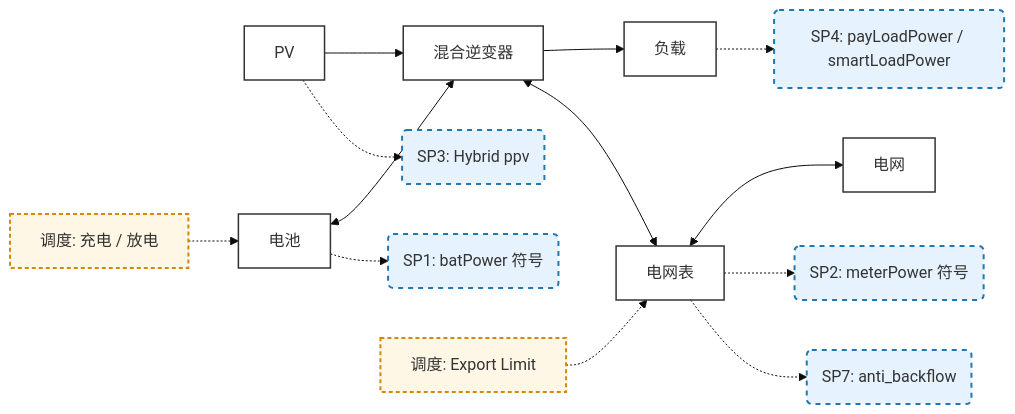
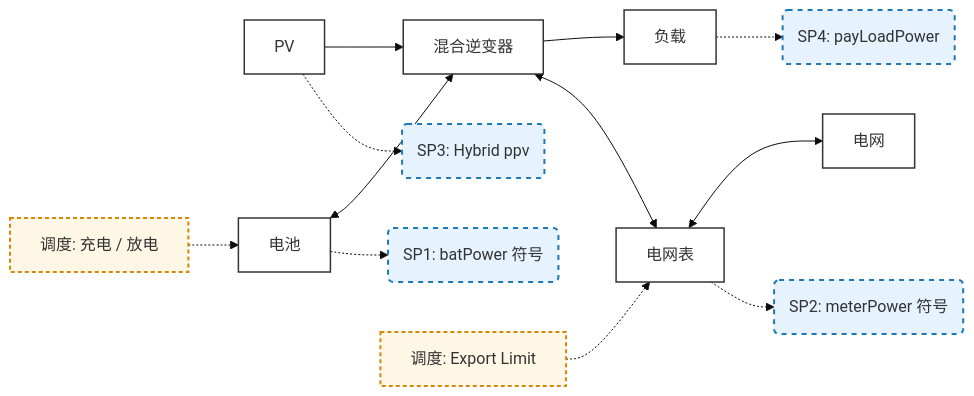
The second of 8 diagrams in Growatt API/OPENAPI.zh-CN/13_ess_semantic_model.md (EugeneJian/growatt-unified-api), drawn with Mermaid (base theme) before and after one commit. The commit also changed other lines of this file and 2 other files, not shown here.

````diff
--- a/Growatt API/OPENAPI.zh-CN/13_ess_semantic_model.md
+++ b/Growatt API/OPENAPI.zh-CN/13_ess_semantic_model.md
@@ -83,42 +83,40 @@
 ```mermaid
 flowchart LR
 
     classDef asset fill:#ffffff,stroke:#333,stroke-width:1.5px;
     classDef semantic fill:#e6f3ff,stroke:#1f78b4,stroke-width:2px,stroke-dasharray: 5 5;
     classDef dispatch fill:#fff7e6,stroke:#d48806,stroke-width:2px,stroke-dasharray: 4 3;
 
     PV["PV"]
     Battery["电池"]
     Inverter["混合逆变器"]
     GridMeter["电网表"]
     Load["负载"]
     Grid["电网"]
 
     PV --> Inverter
     Battery <--> Inverter
     Inverter --> Load
     Inverter <--> GridMeter
     GridMeter <--> Grid
 
     SP1("SP1: batPower 符号")
     SP2("SP2: meterPower 符号")
     SP3("SP3: Hybrid ppv")
-    SP4("SP4: payLoadPower / smartLoadPower")
-    SP7("SP7: anti_backflow")
+    SP4("SP4: payLoadPower")
 
     Battery -.-> SP1
     GridMeter -.-> SP2
     PV -.-> SP3
     Load -.-> SP4
-    GridMeter -.-> SP7
 
     D1["调度: 充电 / 放电"]
     D2["调度: Export Limit"]
 
     D1 -.-> Battery
     D2 -.-> GridMeter
 
     class PV,Battery,Inverter,GridMeter,Load,Grid asset;
-    class SP1,SP2,SP3,SP4,SP7 semantic;
+    class SP1,SP2,SP3,SP4 semantic;
     class D1,D2 dispatch;
 ```
````
